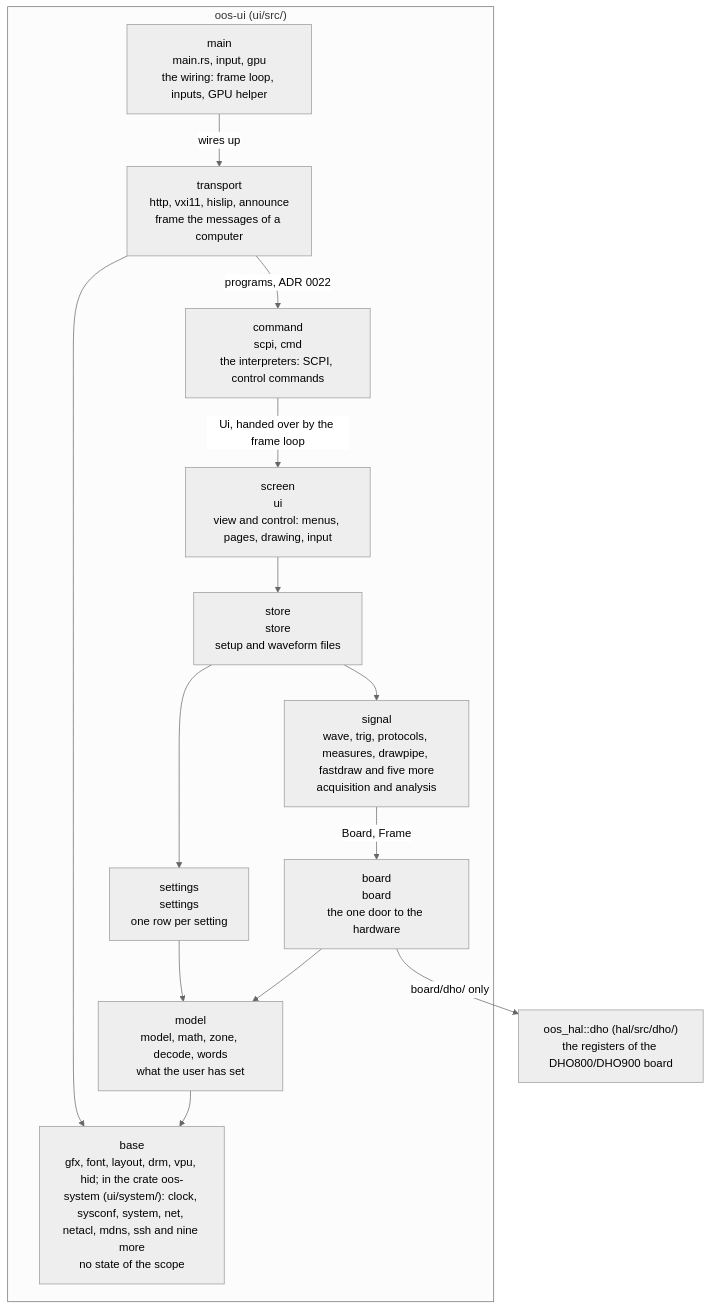
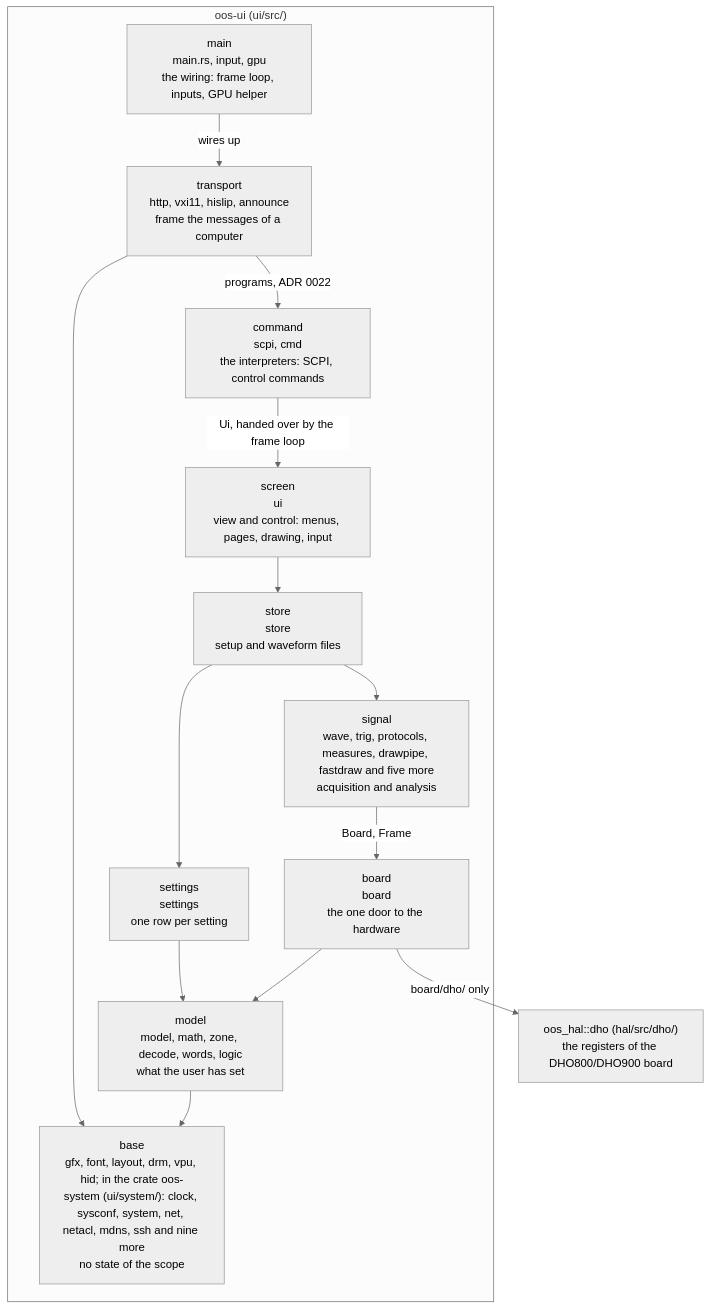
Before and after one commit to deckerjulian/oos: the fourth of 4 diagrams in docs/architecture.md, drawn with Mermaid (neutral theme). The commit also changed 13 other files, not shown here.

````diff
--- a/docs/architecture.md
+++ b/docs/architecture.md
@@ -215,28 +215,28 @@
 ```mermaid
 flowchart TB
     subgraph uiL["oos-ui (ui/src/)"]
         main["main<br/>main.rs, input, gpu<br/>the wiring: frame loop, inputs, GPU helper"]
         transport["transport<br/>http, vxi11, hislip, announce<br/>frame the messages of a computer"]
         command["command<br/>scpi, cmd<br/>the interpreters: SCPI, control commands"]
         screen["screen<br/>ui<br/>view and control: menus, pages, drawing, input"]
         store["store<br/>store<br/>setup and waveform files"]
         signal["signal<br/>wave, trig, protocols, measures, drawpipe, fastdraw and five more<br/>acquisition and analysis"]
         settings["settings<br/>settings<br/>one row per setting"]
         board["board<br/>board<br/>the one door to the hardware"]
-        model["model<br/>model, math, zone, decode, words<br/>what the user has set"]
+        model["model<br/>model, math, zone, decode, words, logic<br/>what the user has set"]
         base["base<br/>gfx, font, layout, drm, vpu, hid; in the crate oos-system (ui/system/): clock, sysconf, system, net, netacl, mdns, ssh and nine more<br/>no state of the scope"]
     end
     hal["oos_hal::dho (hal/src/dho/)<br/>the registers of the DHO800/DHO900 board"]
     main -- "wires up" --> transport
     transport -- "programs, ADR 0022" --> command
     transport --> base
     command -- "Ui, handed over by the frame loop" --> screen
     screen --> store
     store --> signal
     store --> settings
     signal -- "Board, Frame" --> board
     settings --> model
     board --> model
     model --> base
     board -- "board/dho/ only" --> hal
 ```
````
